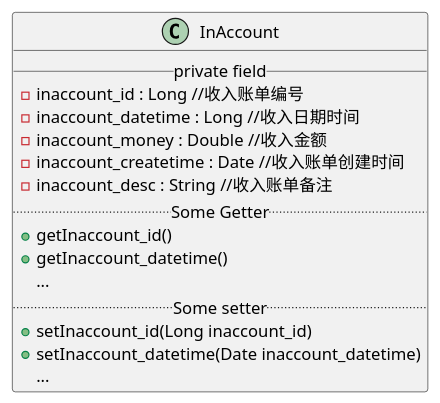
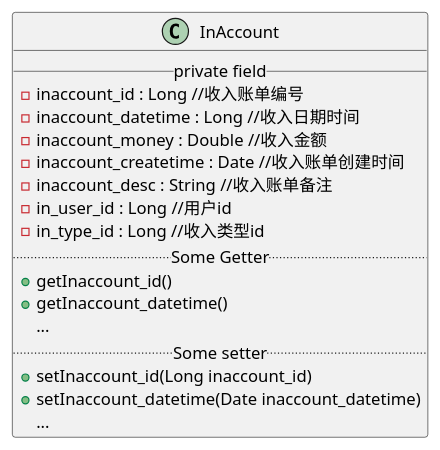
The ninth of 30 diagrams in docs/UML/plantuml.md (xiaokangxxs/notebook), drawn with PlantUML before and after one commit. The commit also changed other lines of this file and 2 other files, not shown here.

Commit message:
update hadoop-ha and update familyaccount-plantuml

````diff
--- a/docs/UML/plantuml.md
+++ b/docs/UML/plantuml.md
@@ -195,22 +184,24 @@
 ```plantuml
 @startuml
 
 class InAccount {
 __ private field __
  -inaccount_id : Long //收入账单编号
  -inaccount_datetime : Long //收入日期时间
  -inaccount_money : Double //收入金额
  -inaccount_createtime : Date //收入账单创建时间
  -inaccount_desc : String //收入账单备注
+ -in_user_id : Long //用户id
+ -in_type_id : Long //收入类型id
 .. Some Getter ..
   + getInaccount_id()
   + getInaccount_datetime()
   ...
 .. Some setter ..
   + setInaccount_id(Long inaccount_id)
   + setInaccount_datetime(Date inaccount_datetime)
   ...
 }
 
 @enduml
 ```
````
